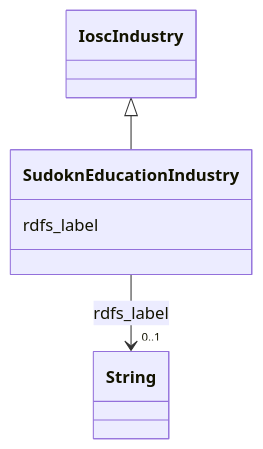
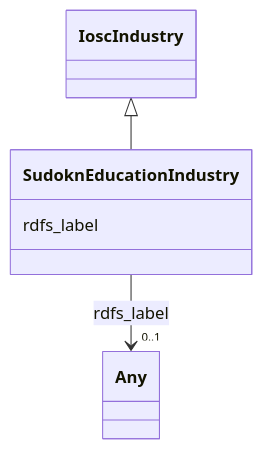
Before and after one commit to frink-okn/graph-descriptions: the diagram in sudokn-kg/classes/SudoknEducationIndustry.md, drawn with Mermaid. The commit also changed other lines of this file and 903 other files, not shown here.

````diff
--- a/sudokn-kg/classes/SudoknEducationIndustry.md
+++ b/sudokn-kg/classes/SudoknEducationIndustry.md
@@ -23,18 +18,18 @@
 ```mermaid
  classDiagram
     class SudoknEducationIndustry
     click SudoknEducationIndustry href "../SudoknEducationIndustry"
       IoscIndustry <|-- SudoknEducationIndustry
         click IoscIndustry href "../IoscIndustry"
       
       SudoknEducationIndustry : rdfs_label
         
           
     
     
-    SudoknEducationIndustry --> "0..1" String : rdfs_label
-    click String href "../String"
+    SudoknEducationIndustry --> "0..1" Any : rdfs_label
+    click Any href "../Any"
 
         
       
 ```
````
